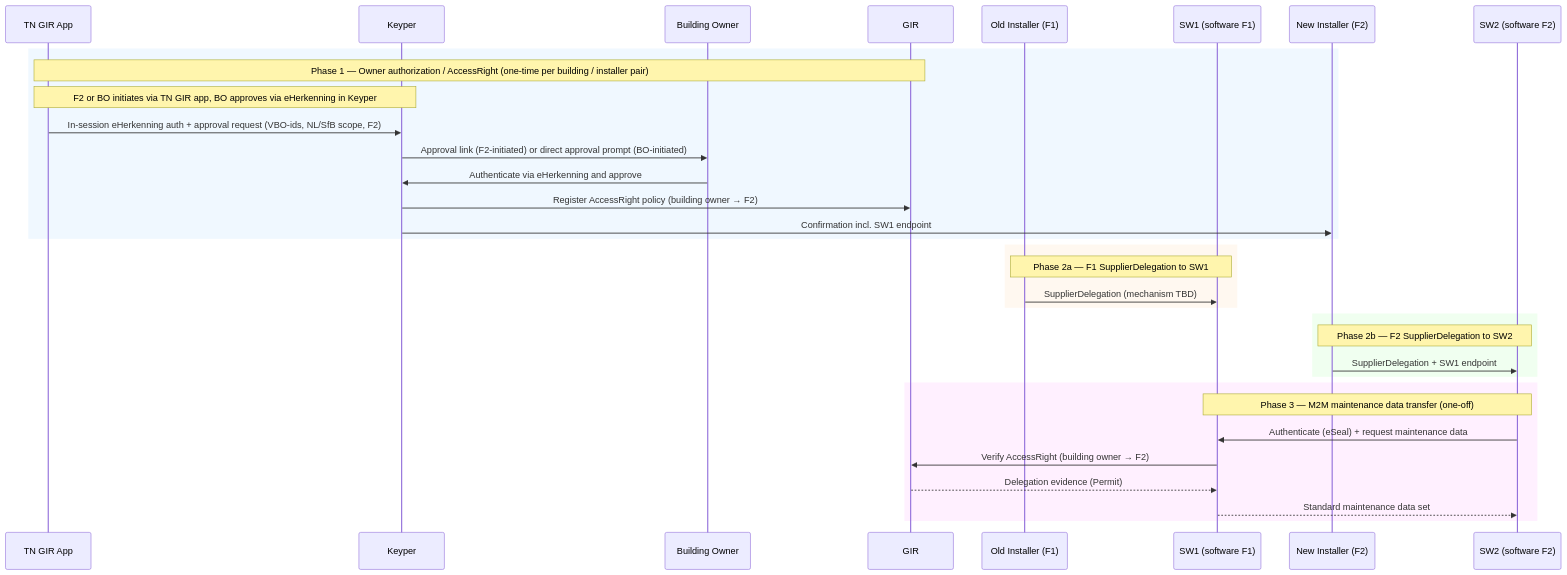
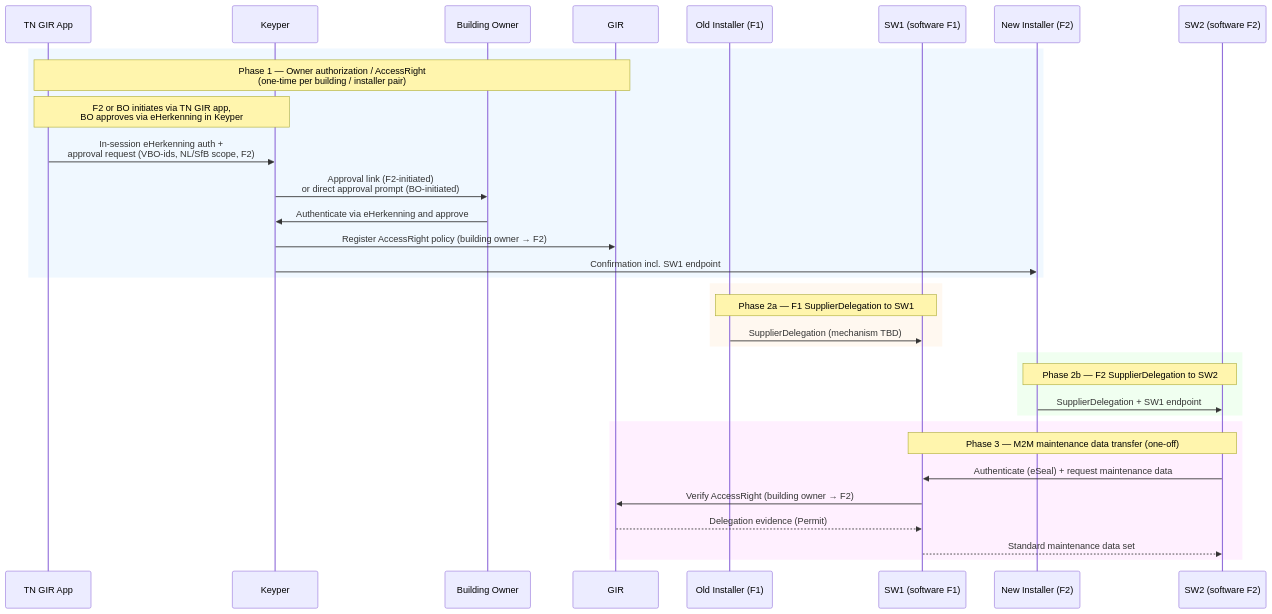
One commit to POORT8/Poort8.Docs changed the first of 4 diagrams in gir/digitaal-onderhoudsboekje-flow.md. Above: the diagram before and after it, drawn with Mermaid. The commit also changed other lines of this file, not shown here.

Commit message:
Deploy gir docs: 092679109b7b20e55ee814ef61155b97e952f66f

````diff
--- a/gir/digitaal-onderhoudsboekje-flow.md
+++ b/gir/digitaal-onderhoudsboekje-flow.md
@@ -31,39 +31,39 @@
 ```mermaid
 sequenceDiagram
     participant App as TN GIR App
     participant Keyper as Keyper
     participant Owner as Building Owner
     participant GIR as GIR
     participant F1 as Old Installer (F1)
     participant SW1 as SW1 (software F1)
     participant F2 as New Installer (F2)
     participant SW2 as SW2 (software F2)
 
     rect rgb(240, 248, 255)
-        Note over App,GIR: Phase 1 — Owner authorization / AccessRight (one-time per building / installer pair)
-        Note over App,Keyper: F2 or BO initiates via TN GIR app, BO approves via eHerkenning in Keyper
-        App->>Keyper: In-session eHerkenning auth + approval request (VBO-ids, NL/SfB scope, F2)
-        Keyper->>Owner: Approval link (F2-initiated) or direct approval prompt (BO-initiated)
+        Note over App,GIR: Phase 1 — Owner authorization / AccessRight<br/>(one-time per building / installer pair)
+        Note over App,Keyper: F2 or BO initiates via TN GIR app,<br/>BO approves via eHerkenning in Keyper
+        App->>Keyper: In-session eHerkenning auth +<br/>approval request (VBO-ids, NL/SfB scope, F2)
+        Keyper->>Owner: Approval link (F2-initiated)<br/>or direct approval prompt (BO-initiated)
         Owner->>Keyper: Authenticate via eHerkenning and approve
         Keyper->>GIR: Register AccessRight policy (building owner → F2)
         Keyper->>F2: Confirmation incl. SW1 endpoint
     end
 
     rect rgb(255, 248, 240)
         Note over F1,SW1: Phase 2a — F1 SupplierDelegation to SW1
         F1->>SW1: SupplierDelegation (mechanism TBD)
     end
 
     rect rgb(240, 255, 240)
         Note over F2,SW2: Phase 2b — F2 SupplierDelegation to SW2
         F2->>SW2: SupplierDelegation + SW1 endpoint
     end
 
     rect rgb(255, 240, 255)
         Note over SW2,SW1: Phase 3 — M2M maintenance data transfer (one-off)
         SW2->>SW1: Authenticate (eSeal) + request maintenance data
         SW1->>GIR: Verify AccessRight (building owner → F2)
         GIR-->>SW1: Delegation evidence (Permit)
         SW1-->>SW2: Standard maintenance data set
     end
 ```
````
